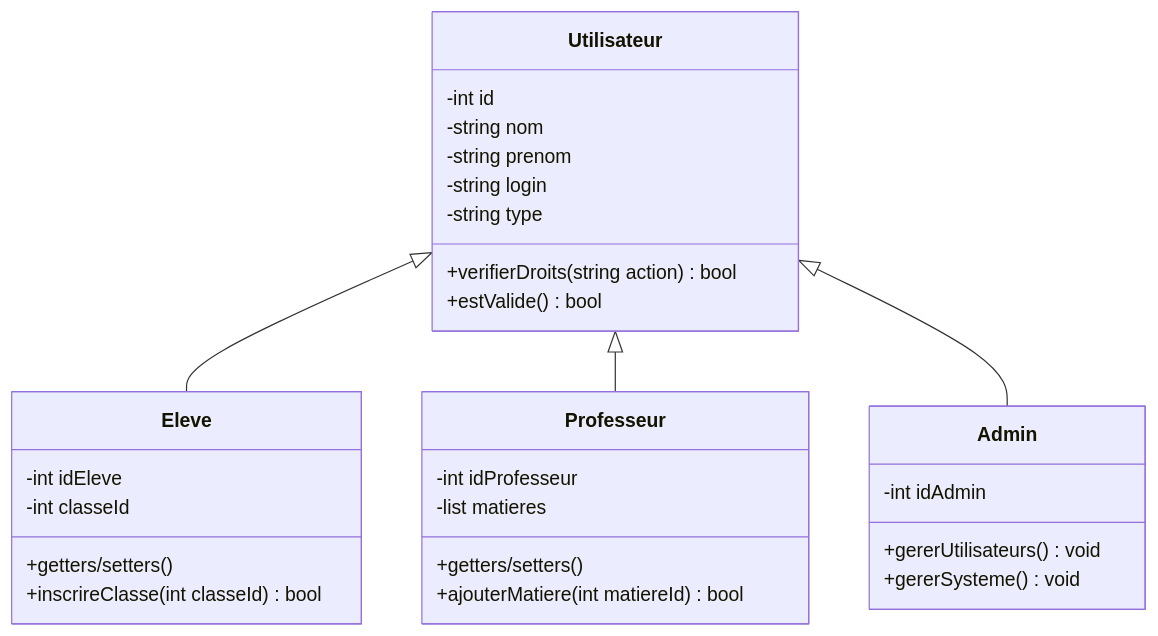
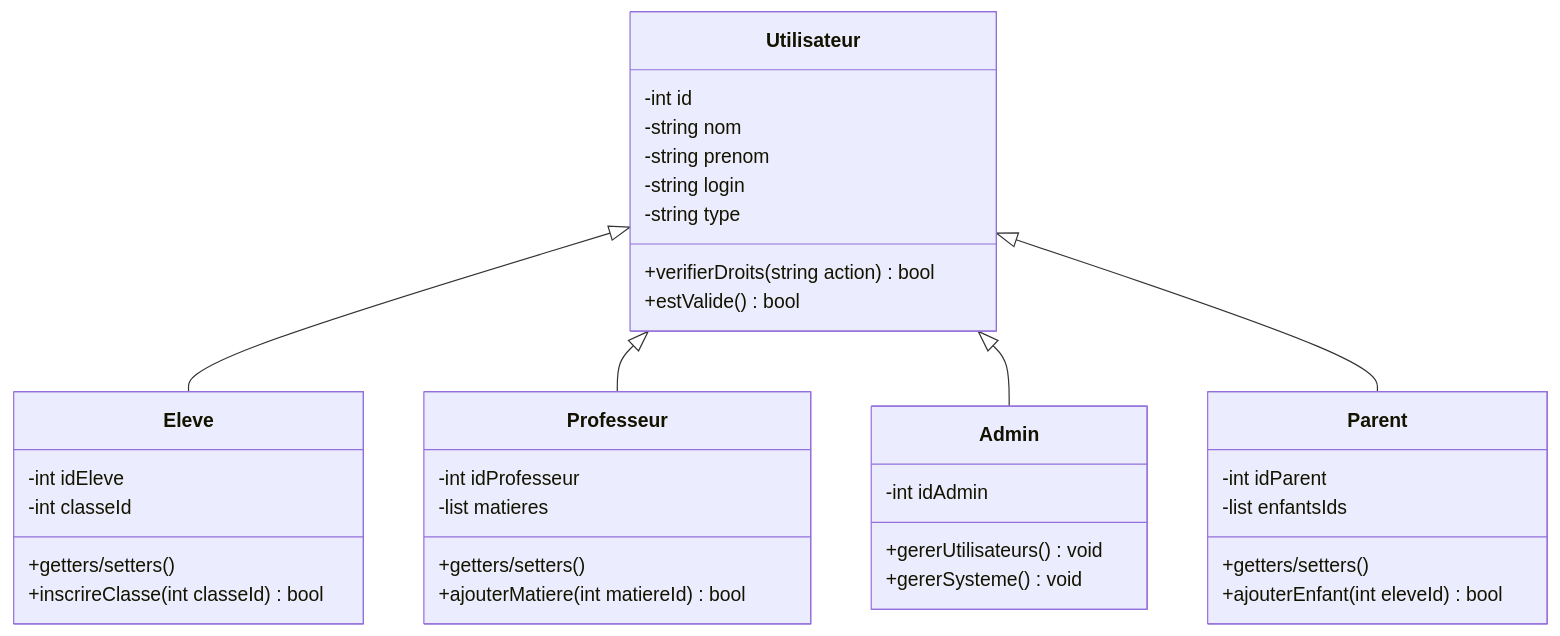
The first of 5 diagrams in README.md (sorooty/PROJET-ECOSYSTEM-ERP), drawn with Mermaid before and after one commit. The commit also changed other lines of this file, not shown here.

Commit message:
Diagram update

````diff
--- a/README.md
+++ b/README.md
@@ -375,36 +464,44 @@
 ```mermaid
 classDiagram
     class Utilisateur {
         -int id
         -string nom
         -string prenom
         -string login
         -string type
         +verifierDroits(string action) bool
         +estValide() bool
     }
 
     class Eleve {
         -int idEleve
         -int classeId
         +getters/setters()
         +inscrireClasse(int classeId) bool
     }
 
     class Professeur {
         -int idProfesseur
         -list<int> matieres
         +getters/setters()
         +ajouterMatiere(int matiereId) bool
     }
 
     class Admin {
         -int idAdmin
         +gererUtilisateurs() void
         +gererSysteme() void
     }
 
+    class Parent {
+        -int idParent
+        -list<int> enfantsIds
+        +getters/setters()
+        +ajouterEnfant(int eleveId) bool
+    }
+
     Utilisateur <|-- Eleve
     Utilisateur <|-- Professeur
     Utilisateur <|-- Admin
+    Utilisateur <|-- Parent
 ```
````
